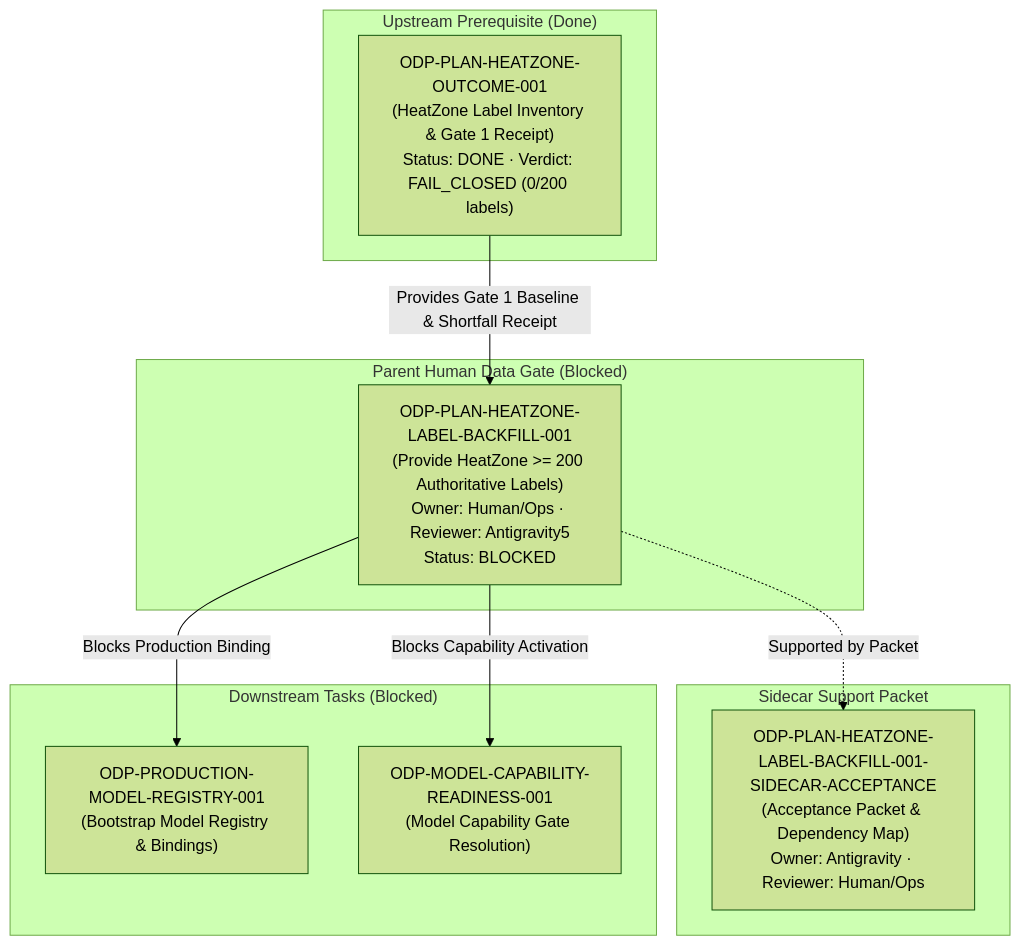
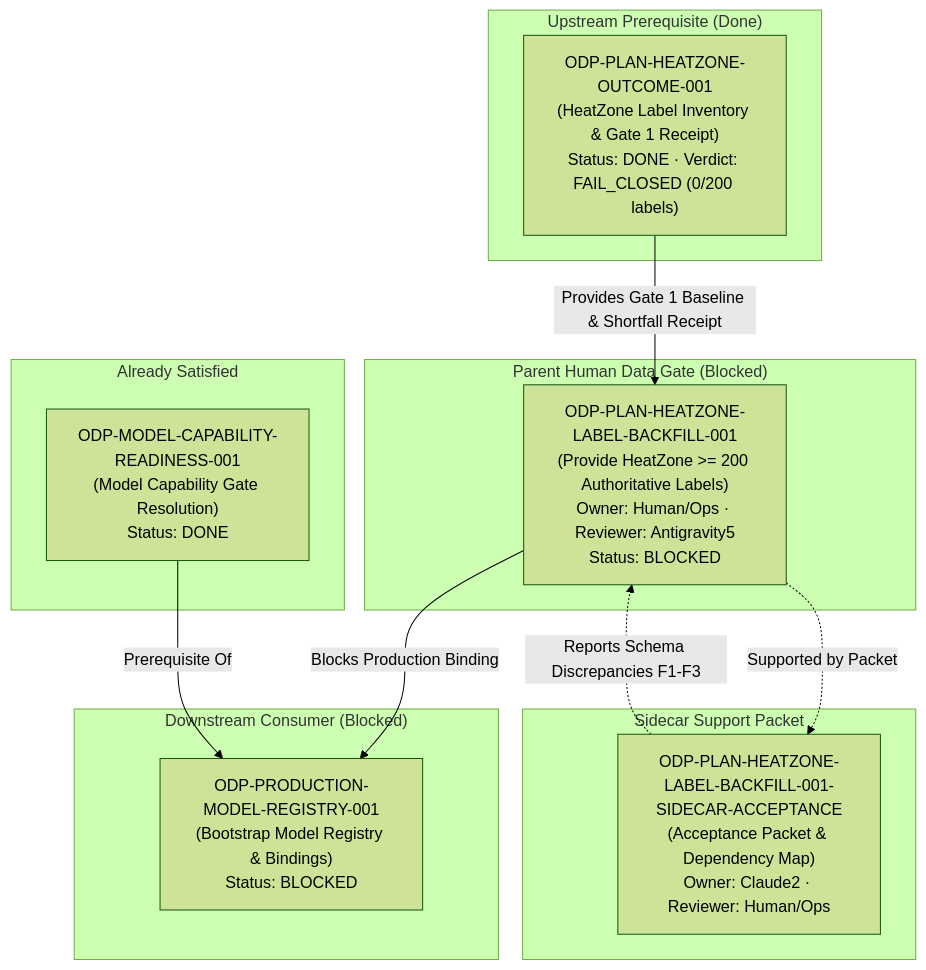
The diagram in support/sidecars/ODP-PLAN-HEATZONE-LABEL-BACKFILL-001/ODP-PLAN-HEATZONE-LABEL-BACKFILL-001-SIDECAR-ACCEPTANCE.md (alfloop-dev/odayplus), drawn with Mermaid (forest theme) before and after one commit. The commit also changed other lines of this file, not shown here.

First line of the commit message:
ODP-PLAN-HEATZONE-LABEL-BACKFILL-001-SIDECAR-ACCEPTANCE: verify packet

````diff
--- a/support/sidecars/ODP-PLAN-HEATZONE-LABEL-BACKFILL-001/ODP-PLAN-HEATZONE-LABEL-BACKFILL-001-SIDECAR-ACCEPTANCE.md
+++ b/support/sidecars/ODP-PLAN-HEATZONE-LABEL-BACKFILL-001/ODP-PLAN-HEATZONE-LABEL-BACKFILL-001-SIDECAR-ACCEPTANCE.md
@@ -91,24 +126,28 @@
 ```mermaid
 graph TD
     subgraph Upstream ["Upstream Prerequisite (Done)"]
         H1["ODP-PLAN-HEATZONE-OUTCOME-001<br/>(HeatZone Label Inventory & Gate 1 Receipt)<br/>Status: DONE · Verdict: FAIL_CLOSED (0/200 labels)"]
     end
 
     subgraph Parent ["Parent Human Data Gate (Blocked)"]
         H2["ODP-PLAN-HEATZONE-LABEL-BACKFILL-001<br/>(Provide HeatZone >= 200 Authoritative Labels)<br/>Owner: Human/Ops · Reviewer: Antigravity5<br/>Status: BLOCKED"]
     end
 
     subgraph Support ["Sidecar Support Packet"]
-        S1["ODP-PLAN-HEATZONE-LABEL-BACKFILL-001-SIDECAR-ACCEPTANCE<br/>(Acceptance Packet & Dependency Map)<br/>Owner: Antigravity · Reviewer: Human/Ops"]
+        S1["ODP-PLAN-HEATZONE-LABEL-BACKFILL-001-SIDECAR-ACCEPTANCE<br/>(Acceptance Packet & Dependency Map)<br/>Owner: Claude2 · Reviewer: Human/Ops"]
     end
 
-    subgraph Downstream ["Downstream Tasks (Blocked)"]
-        D1["ODP-PRODUCTION-MODEL-REGISTRY-001<br/>(Bootstrap Model Registry & Bindings)"]
-        D2["ODP-MODEL-CAPABILITY-READINESS-001<br/>(Model Capability Gate Resolution)"]
+    subgraph Downstream ["Downstream Consumer (Blocked)"]
+        D1["ODP-PRODUCTION-MODEL-REGISTRY-001<br/>(Bootstrap Model Registry & Bindings)<br/>Status: BLOCKED"]
+    end
+
+    subgraph Settled ["Already Satisfied"]
+        D2["ODP-MODEL-CAPABILITY-READINESS-001<br/>(Model Capability Gate Resolution)<br/>Status: DONE"]
     end
 
     H1 -->|Provides Gate 1 Baseline & Shortfall Receipt| H2
     H2 -.->|Supported by Packet| S1
     H2 -->|Blocks Production Binding| D1
-    H2 -->|Blocks Capability Activation| D2
+    D2 -->|Prerequisite Of| D1
+    S1 -.->|Reports Schema Discrepancies F1-F3| H2
 ```
````
